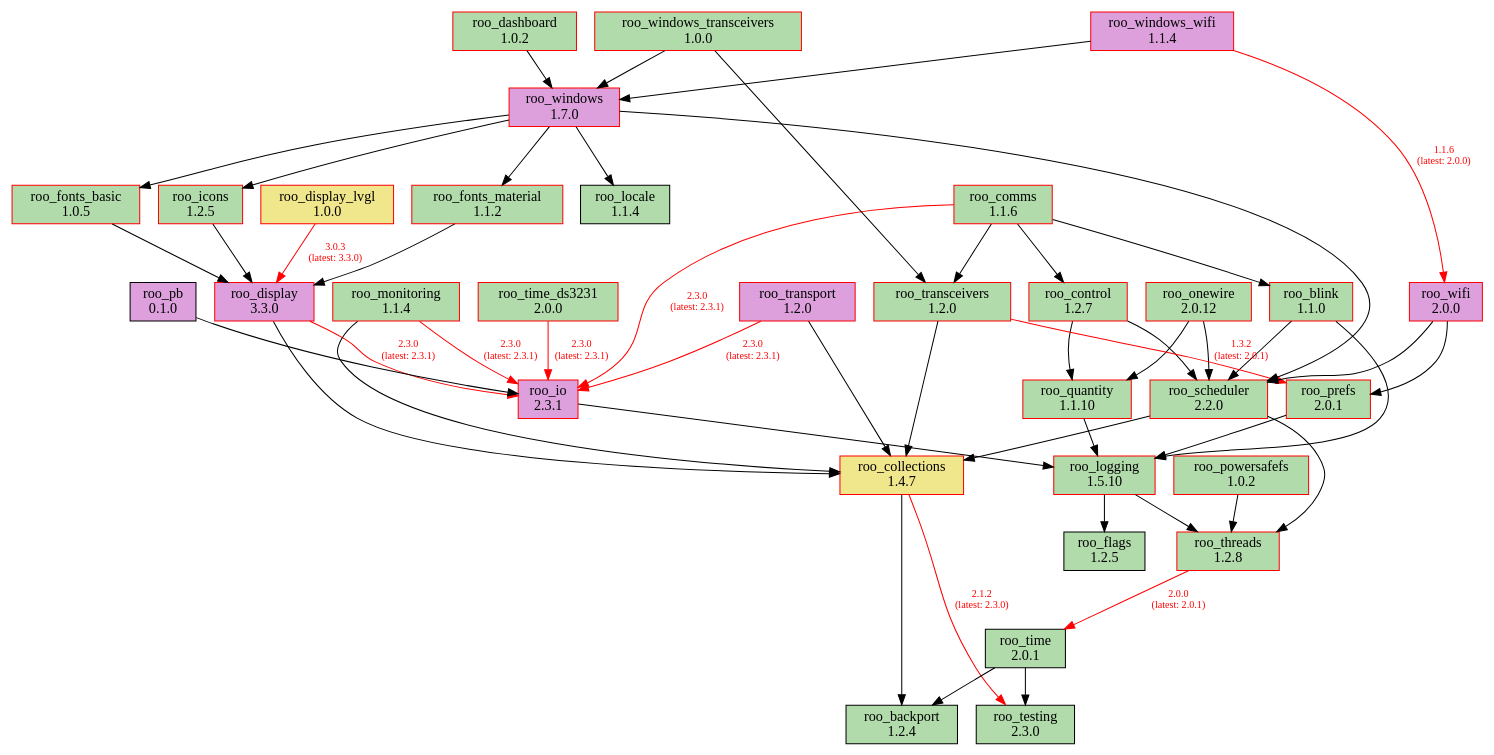
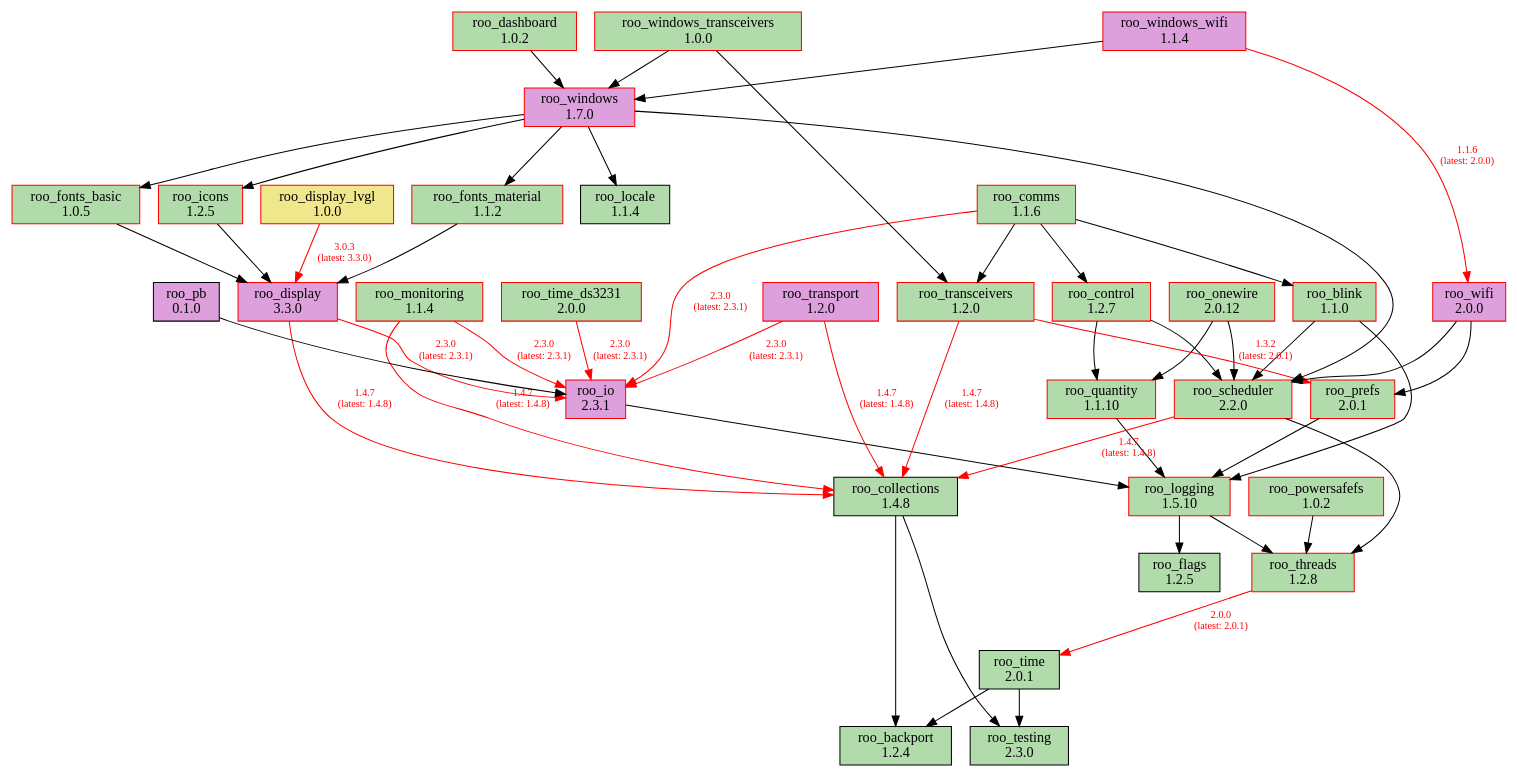
Before and after one commit to dejwk/roo-registry: the diagram in doc/dependencies.dot, drawn with Graphviz. The commit also changed 3 other files, not shown here.

Commit message:
Added roo_collections 1.4.8 to the registry.

```diff
--- a/doc/dependencies.dot
+++ b/doc/dependencies.dot
@@ -1,90 +1,90 @@
 digraph dependencies {
     rankdir=TB;
     node [shape=box, style=filled];
     edge [fontsize=10];
 
     // Modules
     "roo_backport" [label="roo_backport\n1.2.4", fillcolor="#b1dbab", color="black"];
     "roo_blink" [label="roo_blink\n1.1.0", fillcolor="#b1dbab", color="red"];
-    "roo_collections" [label="roo_collections\n1.4.7", fillcolor="khaki", color="red"];
+    "roo_collections" [label="roo_collections\n1.4.8", fillcolor="#b1dbab", color="black"];
     "roo_comms" [label="roo_comms\n1.1.6", fillcolor="#b1dbab", color="red"];
     "roo_control" [label="roo_control\n1.2.7", fillcolor="#b1dbab", color="red"];
     "roo_dashboard" [label="roo_dashboard\n1.0.2", fillcolor="#b1dbab", color="red"];
     "roo_display" [label="roo_display\n3.3.0", fillcolor="plum", color="red"];
     "roo_display_lvgl" [label="roo_display_lvgl\n1.0.0", fillcolor="khaki", color="red"];
     "roo_flags" [label="roo_flags\n1.2.5", fillcolor="#b1dbab", color="black"];
     "roo_fonts_basic" [label="roo_fonts_basic\n1.0.5", fillcolor="#b1dbab", color="red"];
     "roo_fonts_material" [label="roo_fonts_material\n1.1.2", fillcolor="#b1dbab", color="red"];
     "roo_icons" [label="roo_icons\n1.2.5", fillcolor="#b1dbab", color="red"];
     "roo_io" [label="roo_io\n2.3.1", fillcolor="plum", color="red"];
     "roo_locale" [label="roo_locale\n1.1.4", fillcolor="#b1dbab", color="black"];
     "roo_logging" [label="roo_logging\n1.5.10", fillcolor="#b1dbab", color="red"];
     "roo_monitoring" [label="roo_monitoring\n1.1.4", fillcolor="#b1dbab", color="red"];
     "roo_onewire" [label="roo_onewire\n2.0.12", fillcolor="#b1dbab", color="red"];
     "roo_pb" [label="roo_pb\n0.1.0", fillcolor="plum", color="black"];
     "roo_powersafefs" [label="roo_powersafefs\n1.0.2", fillcolor="#b1dbab", color="red"];
     "roo_prefs" [label="roo_prefs\n2.0.1", fillcolor="#b1dbab", color="red"];
     "roo_quantity" [label="roo_quantity\n1.1.10", fillcolor="#b1dbab", color="red"];
     "roo_scheduler" [label="roo_scheduler\n2.2.0", fillcolor="#b1dbab", color="red"];
     "roo_testing" [label="roo_testing\n2.3.0", fillcolor="#b1dbab", color="black"];
     "roo_threads" [label="roo_threads\n1.2.8", fillcolor="#b1dbab", color="red"];
     "roo_time" [label="roo_time\n2.0.1", fillcolor="#b1dbab", color="black"];
     "roo_time_ds3231" [label="roo_time_ds3231\n2.0.0", fillcolor="#b1dbab", color="red"];
     "roo_transceivers" [label="roo_transceivers\n1.2.0", fillcolor="#b1dbab", color="red"];
     "roo_transport" [label="roo_transport\n1.2.0", fillcolor="plum", color="red"];
     "roo_wifi" [label="roo_wifi\n2.0.0", fillcolor="plum", color="red"];
     "roo_windows" [label="roo_windows\n1.7.0", fillcolor="plum", color="red"];
     "roo_windows_transceivers" [label="roo_windows_transceivers\n1.0.0", fillcolor="#b1dbab", color="red"];
     "roo_windows_wifi" [label="roo_windows_wifi\n1.1.4", fillcolor="plum", color="red"];
 
     // Dependencies
     "roo_blink" -> "roo_logging";
     "roo_blink" -> "roo_scheduler";
-    "roo_collections" -> "roo_testing" [color=red, fontcolor=red, label="2.1.2\n(latest: 2.3.0)"];
+    "roo_collections" -> "roo_testing";
     "roo_collections" -> "roo_backport";
     "roo_comms" -> "roo_blink";
     "roo_comms" -> "roo_control";
     "roo_comms" -> "roo_io" [color=red, fontcolor=red, label="2.3.0\n(latest: 2.3.1)"];
     "roo_comms" -> "roo_transceivers";
     "roo_control" -> "roo_quantity";
     "roo_control" -> "roo_scheduler";
     "roo_dashboard" -> "roo_windows";
-    "roo_display" -> "roo_collections";
+    "roo_display" -> "roo_collections" [color=red, fontcolor=red, label="1.4.7\n(latest: 1.4.8)"];
     "roo_display" -> "roo_io" [color=red, fontcolor=red, label="2.3.0\n(latest: 2.3.1)"];
     "roo_display_lvgl" -> "roo_display" [color=red, fontcolor=red, label="3.0.3\n(latest: 3.3.0)"];
     "roo_fonts_basic" -> "roo_display";
     "roo_fonts_material" -> "roo_display";
     "roo_icons" -> "roo_display";
     "roo_io" -> "roo_logging";
     "roo_logging" -> "roo_flags";
     "roo_logging" -> "roo_threads";
-    "roo_monitoring" -> "roo_collections";
+    "roo_monitoring" -> "roo_collections" [color=red, fontcolor=red, label="1.4.7\n(latest: 1.4.8)"];
     "roo_monitoring" -> "roo_io" [color=red, fontcolor=red, label="2.3.0\n(latest: 2.3.1)"];
     "roo_onewire" -> "roo_scheduler";
     "roo_onewire" -> "roo_quantity";
     "roo_pb" -> "roo_io";
     "roo_powersafefs" -> "roo_threads";
     "roo_prefs" -> "roo_logging";
     "roo_quantity" -> "roo_logging";
-    "roo_scheduler" -> "roo_collections";
+    "roo_scheduler" -> "roo_collections" [color=red, fontcolor=red, label="1.4.7\n(latest: 1.4.8)"];
     "roo_scheduler" -> "roo_threads";
     "roo_threads" -> "roo_time" [color=red, fontcolor=red, label="2.0.0\n(latest: 2.0.1)"];
     "roo_time" -> "roo_testing";
     "roo_time" -> "roo_backport";
     "roo_time_ds3231" -> "roo_io" [color=red, fontcolor=red, label="2.3.0\n(latest: 2.3.1)"];
-    "roo_transceivers" -> "roo_collections";
+    "roo_transceivers" -> "roo_collections" [color=red, fontcolor=red, label="1.4.7\n(latest: 1.4.8)"];
     "roo_transceivers" -> "roo_prefs" [color=red, fontcolor=red, label="1.3.2\n(latest: 2.0.1)"];
-    "roo_transport" -> "roo_collections";
+    "roo_transport" -> "roo_collections" [color=red, fontcolor=red, label="1.4.7\n(latest: 1.4.8)"];
     "roo_transport" -> "roo_io" [color=red, fontcolor=red, label="2.3.0\n(latest: 2.3.1)"];
     "roo_wifi" -> "roo_prefs";
     "roo_wifi" -> "roo_scheduler";
     "roo_windows" -> "roo_fonts_basic";
     "roo_windows" -> "roo_fonts_material";
     "roo_windows" -> "roo_locale";
     "roo_windows" -> "roo_icons";
     "roo_windows" -> "roo_scheduler";
     "roo_windows_transceivers" -> "roo_transceivers";
     "roo_windows_transceivers" -> "roo_windows";
     "roo_windows_wifi" -> "roo_wifi" [color=red, fontcolor=red, label="1.1.6\n(latest: 2.0.0)"];
     "roo_windows_wifi" -> "roo_windows";
 }
```
